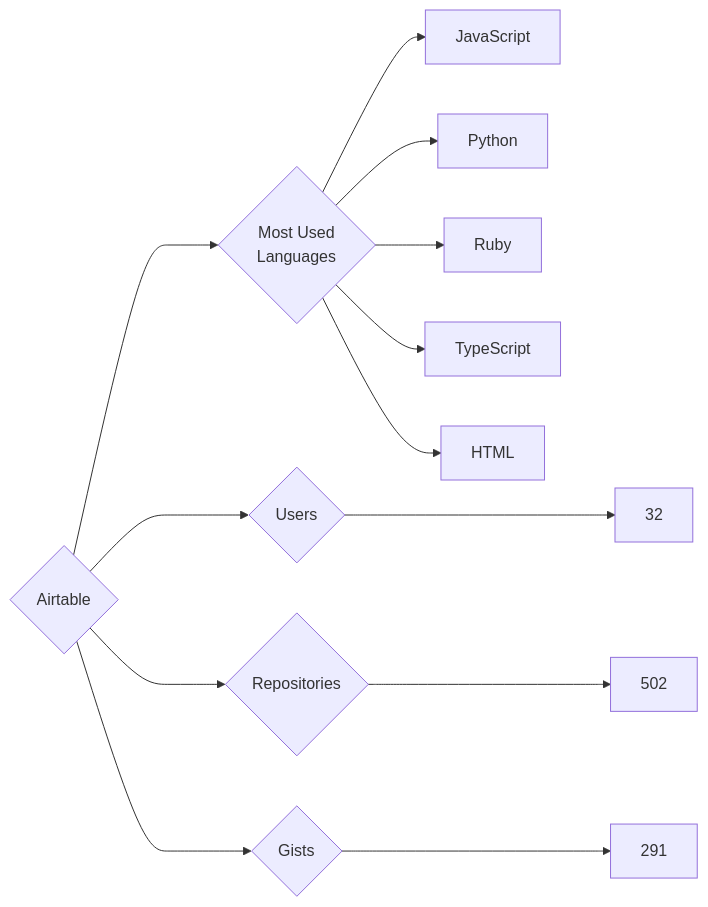
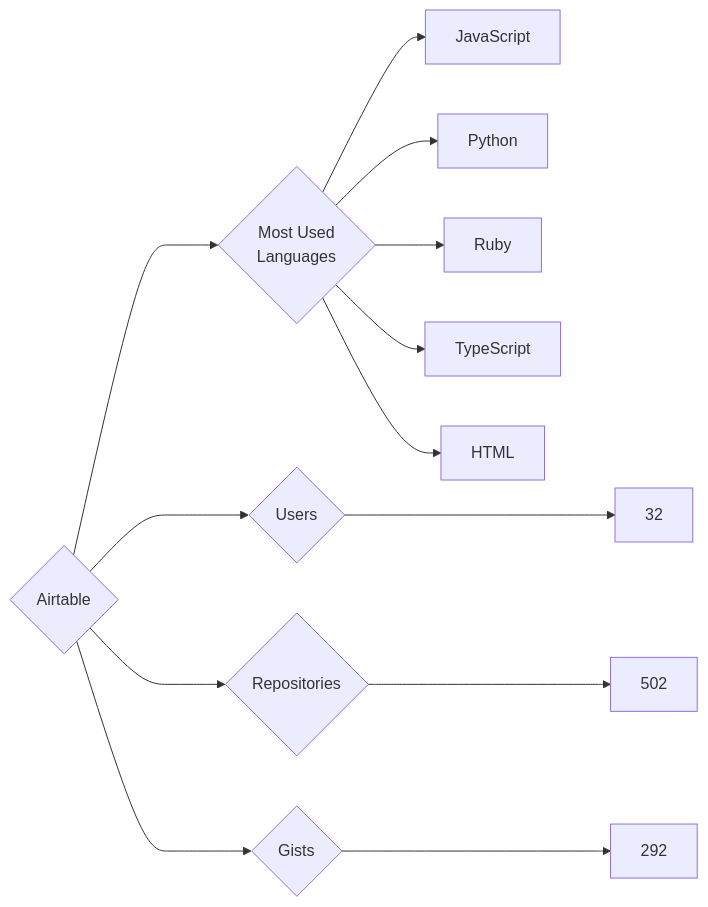
One commit to trickest/insiders changed the diagram in targets/Airtable/README.md. Above: the diagram before and after it, drawn with Mermaid. The commit also changed 545 other files, not shown here.

````diff
--- a/targets/Airtable/README.md
+++ b/targets/Airtable/README.md
@@ -3,13 +3,13 @@
 ```mermaid
 graph LR
 COMPANY_NAME{Airtable}
 COMPANY_NAME ---> U{Users} ---> UN[32]
 COMPANY_NAME ---> R{Repositories} ---> RN[502]
-COMPANY_NAME ---> G{Gists} ---> GN[291]
+COMPANY_NAME ---> G{Gists} ---> GN[292]
 COMPANY_NAME ---> ML{Most Used<br>Languages}
 ML --> JavaScript[JavaScript]
 ML --> Python[Python]
 ML --> Ruby[Ruby]
 ML --> TypeScript[TypeScript]
 ML --> HTML[HTML]
 ```
````
